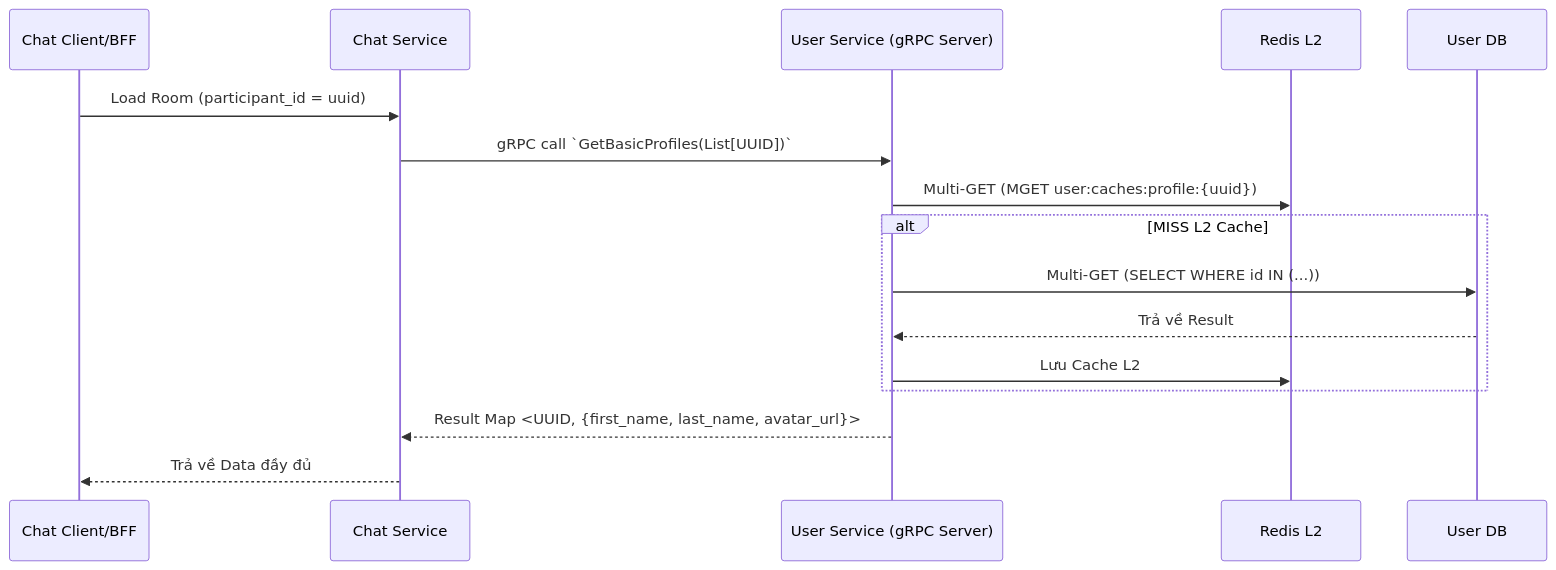
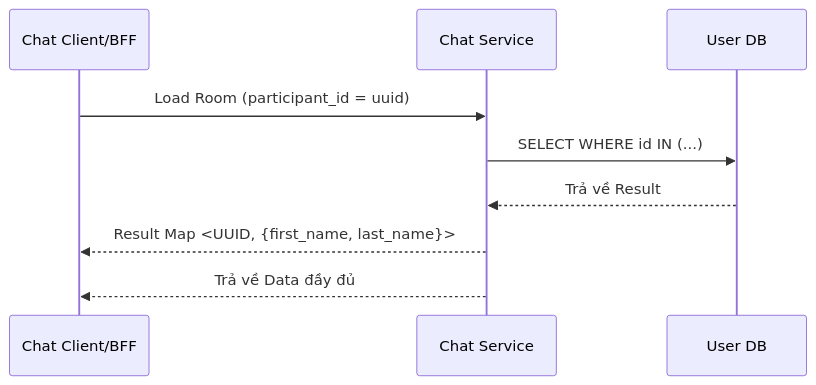
Before and after one commit to quangdung2110/e-commerce-microservices: the third of 3 diagrams in docs/user/user_workflows.md, drawn with Mermaid. The commit also changed other lines of this file and 6 other files, not shown here.

````diff
--- a/docs/user/user_workflows.md
+++ b/docs/user/user_workflows.md
@@ -99,20 +92,12 @@
 ```mermaid
 sequenceDiagram
     participant ChatApp as Chat Client/BFF
     participant ChatSvc as Chat Service
-    participant UserSvc as User Service (gRPC Server)
-    participant Redis as Redis L2
     participant UserDB as User DB
 
     ChatApp->>ChatSvc: Load Room (participant_id = uuid)
-    ChatSvc->>UserSvc: gRPC call `GetBasicProfiles(List[UUID])`
-    
-    UserSvc->>Redis: Multi-GET (MGET user:caches:profile:{uuid})
-    alt MISS L2 Cache
-        UserSvc->>UserDB: Multi-GET (SELECT WHERE id IN (...))
-        UserDB-->>UserSvc: Trả về Result
-        UserSvc->>Redis: Lưu Cache L2
-    end
-    UserSvc-->>ChatSvc: Result Map <UUID, {first_name, last_name, avatar_url}>
+    ChatSvc->>UserDB: SELECT WHERE id IN (...)
+    UserDB-->>ChatSvc: Trả về Result
+    ChatSvc-->>ChatApp: Result Map <UUID, {first_name, last_name}>
     ChatSvc-->>ChatApp: Trả về Data đầy đủ
 ```
````
